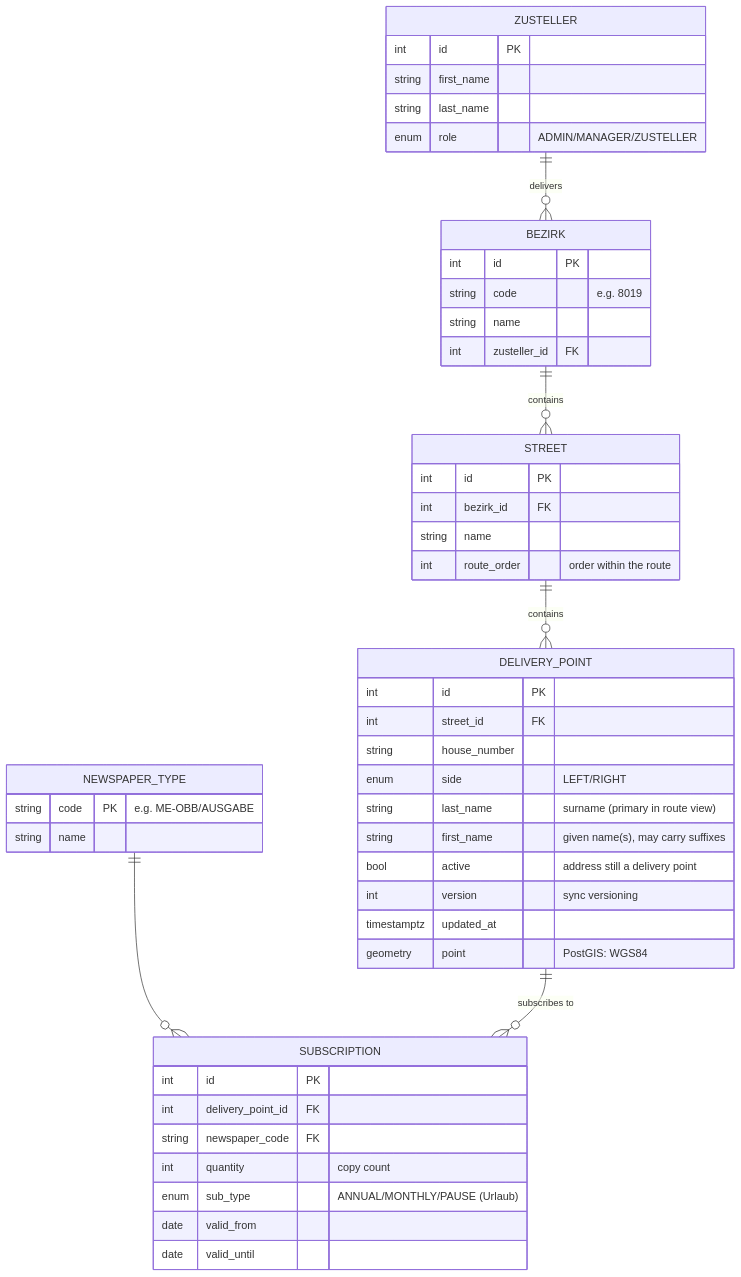
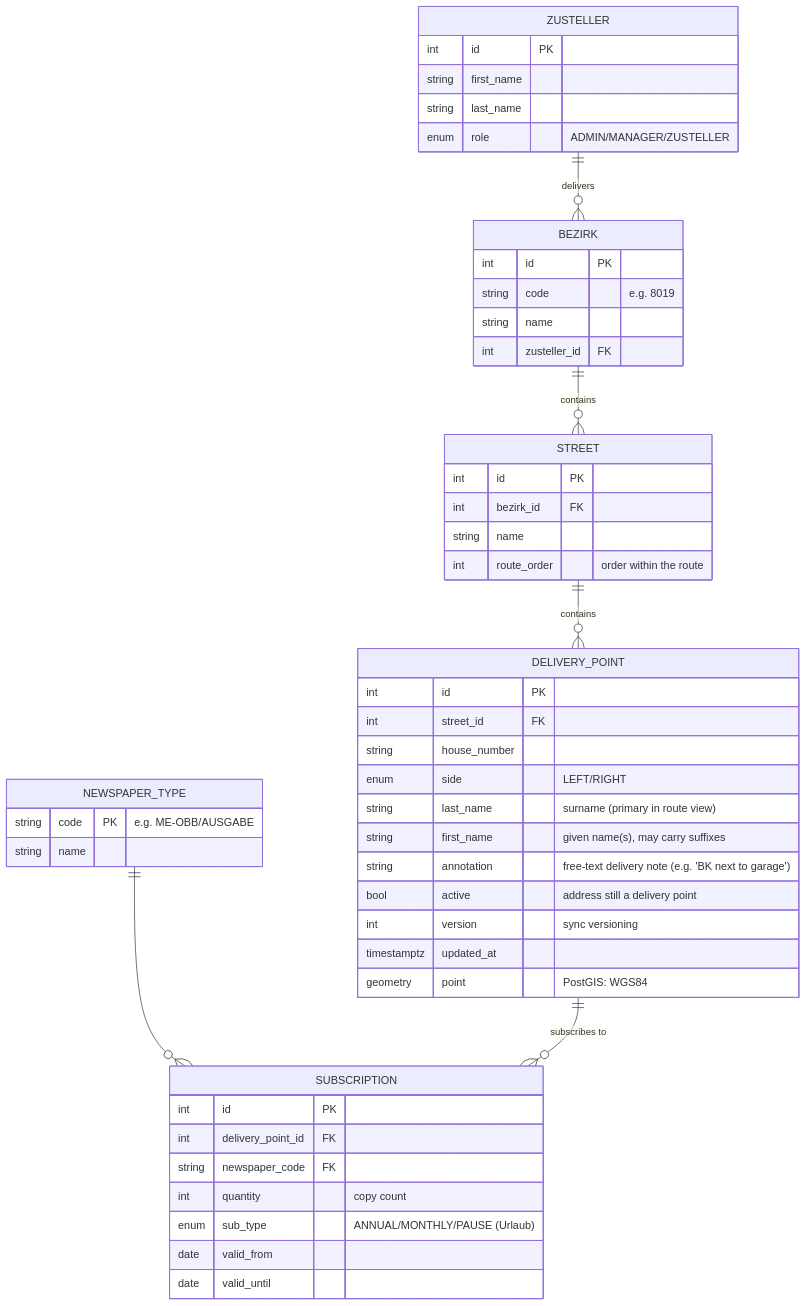
The diagram in docs/02_design/database_model.md (Robert-Sobolewski/zeitung-zusteller), drawn with Mermaid before and after one commit. The commit also changed 2 other files, not shown here.

Commit message:
feat(db): delivery_points.annotation — free-text field for on-site delivery notes
- db/init/02-schema.sql: annotation TEXT (e.g. 'last house on the left', 'BK next to garage', 'entrance from other street'); live DB updated via ALTER TABLE and verified
- docs/01_analysis/requirements.md F3: current-customer view now includes delivery note
- docs/02_design/database_model.md: ERD aligned

````diff
--- a/docs/02_design/database_model.md
+++ b/docs/02_design/database_model.md
@@ -10,51 +10,52 @@
 ```mermaid
 erDiagram
     ZUSTELLER ||--o{ BEZIRK : "delivers"
     BEZIRK ||--o{ STREET : "contains"
     STREET ||--o{ DELIVERY_POINT : "contains"
     NEWSPAPER_TYPE ||--o{ SUBSCRIPTION : ""
     DELIVERY_POINT ||--o{ SUBSCRIPTION : "subscribes to"
     DELIVERY_POINT {
         int id PK
         int street_id FK
         string house_number
         enum side "LEFT/RIGHT"
         string last_name "surname (primary in route view)"
         string first_name "given name(s), may carry suffixes"
+        string annotation "free-text delivery note (e.g. 'BK next to garage')"
         bool active "address still a delivery point"
         int version "sync versioning"
         timestamptz updated_at
         geometry point "PostGIS: WGS84"
     }
     BEZIRK {
         int id PK
         string code "e.g. 8019"
         string name
         int zusteller_id FK
     }
     STREET {
         int id PK
         int bezirk_id FK
         string name
         int route_order "order within the route"
     }
     ZUSTELLER {
         int id PK
         string first_name
         string last_name
         enum role "ADMIN/MANAGER/ZUSTELLER"
     }
     NEWSPAPER_TYPE {
         string code PK "e.g. ME-OBB/AUSGABE"
         string name
     }
     SUBSCRIPTION {
         int id PK
         int delivery_point_id FK
         string newspaper_code FK
         int quantity "copy count"
         enum sub_type "ANNUAL/MONTHLY/PAUSE (Urlaub)"
         date valid_from
         date valid_until
     }
 ```
````
